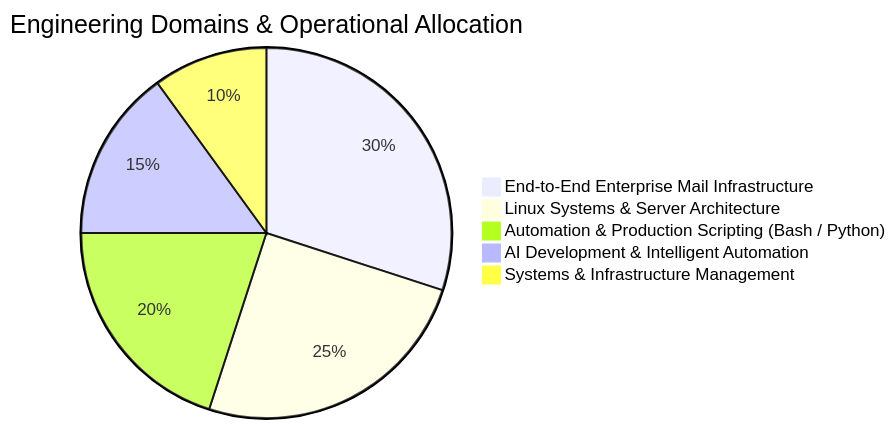
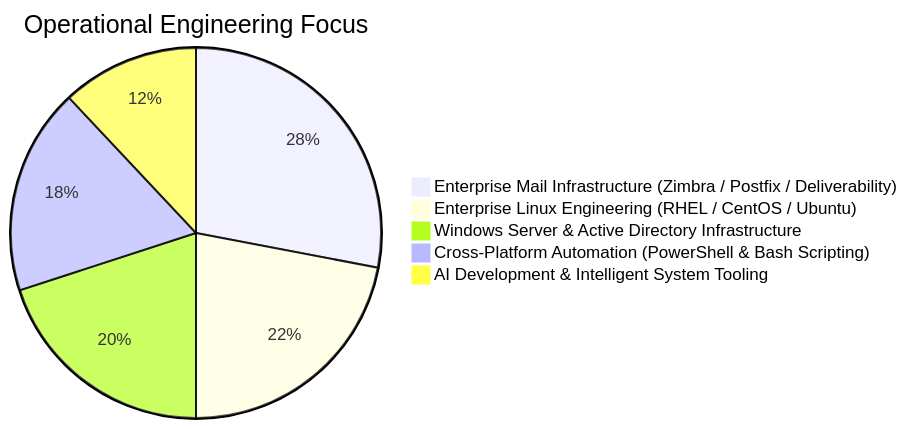
The diagram in README.md (0xAndyNew/0xAndyNew), drawn with Mermaid before and after one commit. The commit also changed other lines of this file, not shown here.

````diff
--- a/README.md
+++ b/README.md
@@ -91,8 +111,8 @@
 ```mermaid
-pie title Engineering Domains & Operational Allocation
-    "End-to-End Enterprise Mail Infrastructure" : 30
-    "Linux Systems & Server Architecture" : 25
-    "Automation & Production Scripting (Bash / Python)" : 20
-    "AI Development & Intelligent Automation" : 15
-    "Systems & Infrastructure Management" : 10
+pie title Operational Engineering Focus
+    "Enterprise Mail Infrastructure (Zimbra / Postfix / Deliverability)" : 28
+    "Enterprise Linux Engineering (RHEL / CentOS / Ubuntu)" : 22
+    "Windows Server & Active Directory Infrastructure" : 20
+    "Cross-Platform Automation (PowerShell & Bash Scripting)" : 18
+    "AI Development & Intelligent System Tooling" : 12
 ```
````
